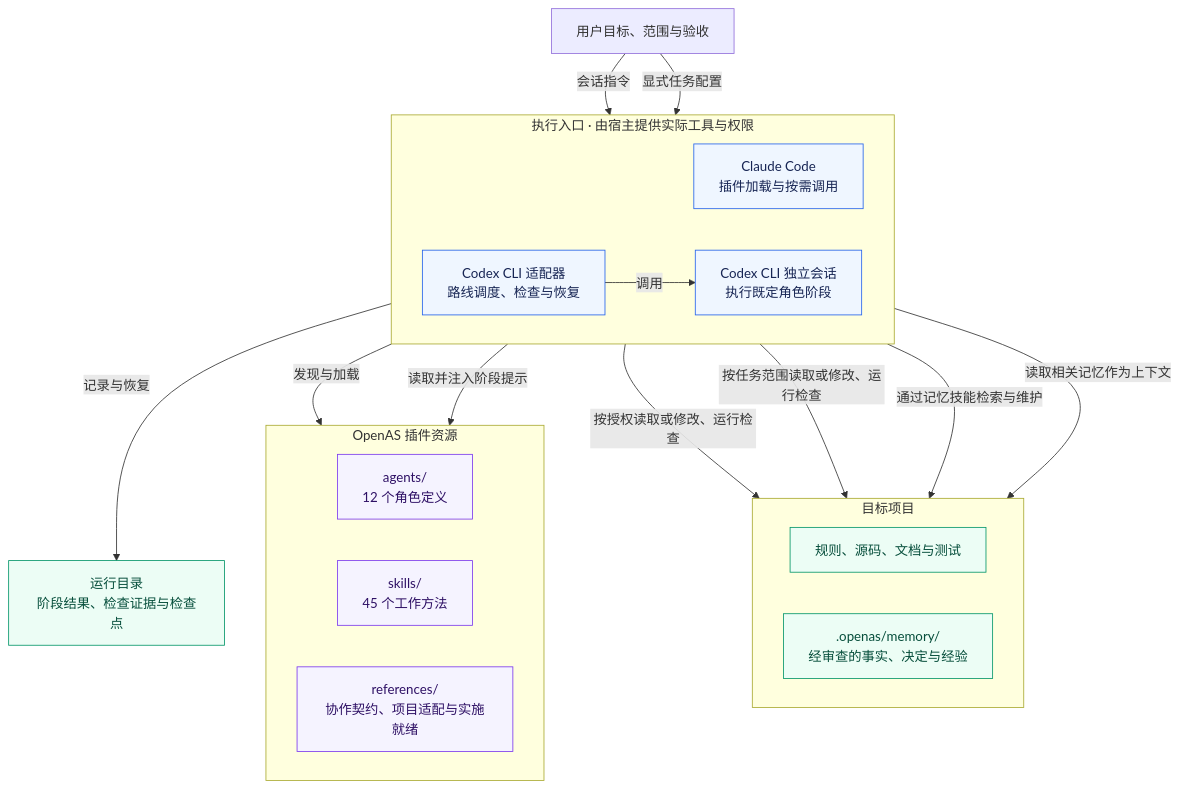
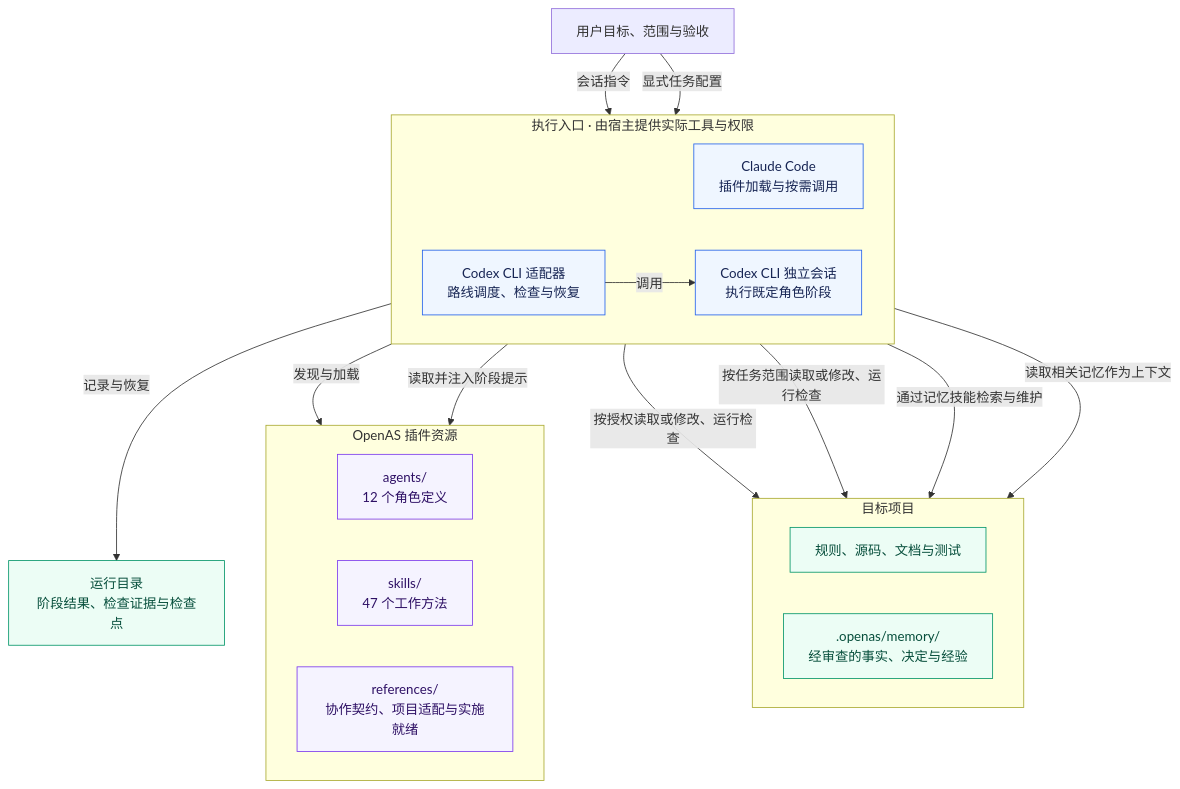
One commit to xiangguangxin/OpenAS changed the first of 2 diagrams in README.md. Above: the diagram before and after it, drawn with Mermaid. The commit also changed other lines of this file and 9 other files, not shown here.

````diff
--- a/README.md
+++ b/README.md
@@ -122,44 +123,44 @@
 ```mermaid
 flowchart TB
     user["用户目标、范围与验收"]
 
     subgraph entry["执行入口 · 由宿主提供实际工具与权限"]
         direction LR
         claude["Claude Code<br/>插件加载与按需调用"]
         adapter["Codex CLI 适配器<br/>路线调度、检查与恢复"]
         sessions["Codex CLI 独立会话<br/>执行既定角色阶段"]
         adapter -->|调用| sessions
     end
 
     subgraph bundle["OpenAS 插件资源"]
         direction LR
         agents["agents/<br/>12 个角色定义"]
-        skills["skills/<br/>45 个工作方法"]
+        skills["skills/<br/>47 个工作方法"]
         contracts["references/<br/>协作契约、项目适配与实施就绪"]
     end
 
     subgraph target["目标项目"]
         direction LR
         repo["规则、源码、文档与测试"]
         memory[".openas/memory/<br/>经审查的事实、决定与经验"]
     end
 
     evidence["运行目录<br/>阶段结果、检查证据与检查点"]
 
     user -->|会话指令| claude
     user -->|显式任务配置| adapter
     claude -->|发现与加载| bundle
     adapter -->|读取并注入阶段提示| bundle
     claude -->|按授权读取或修改、运行检查| repo
     sessions -->|按任务范围读取或修改、运行检查| repo
     claude -->|通过记忆技能检索与维护| memory
     adapter -->|读取相关记忆作为上下文| memory
     adapter -->|记录与恢复| evidence
 
     classDef entryStyle fill:#eff6ff,stroke:#2563eb,color:#172554
     classDef resourceStyle fill:#f5f3ff,stroke:#7c3aed,color:#2e1065
     classDef dataStyle fill:#ecfdf5,stroke:#059669,color:#064e3b
     class claude,adapter,sessions entryStyle
     class agents,skills,contracts resourceStyle
     class repo,memory,evidence dataStyle
 ```
````
